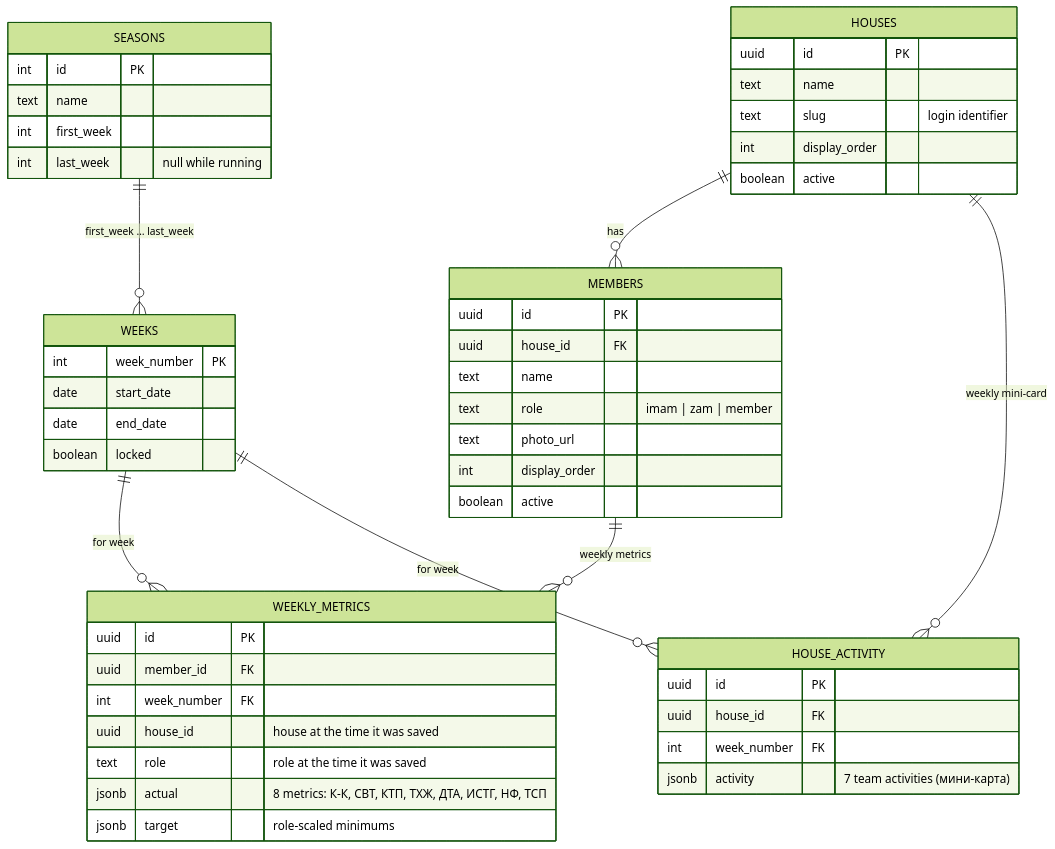
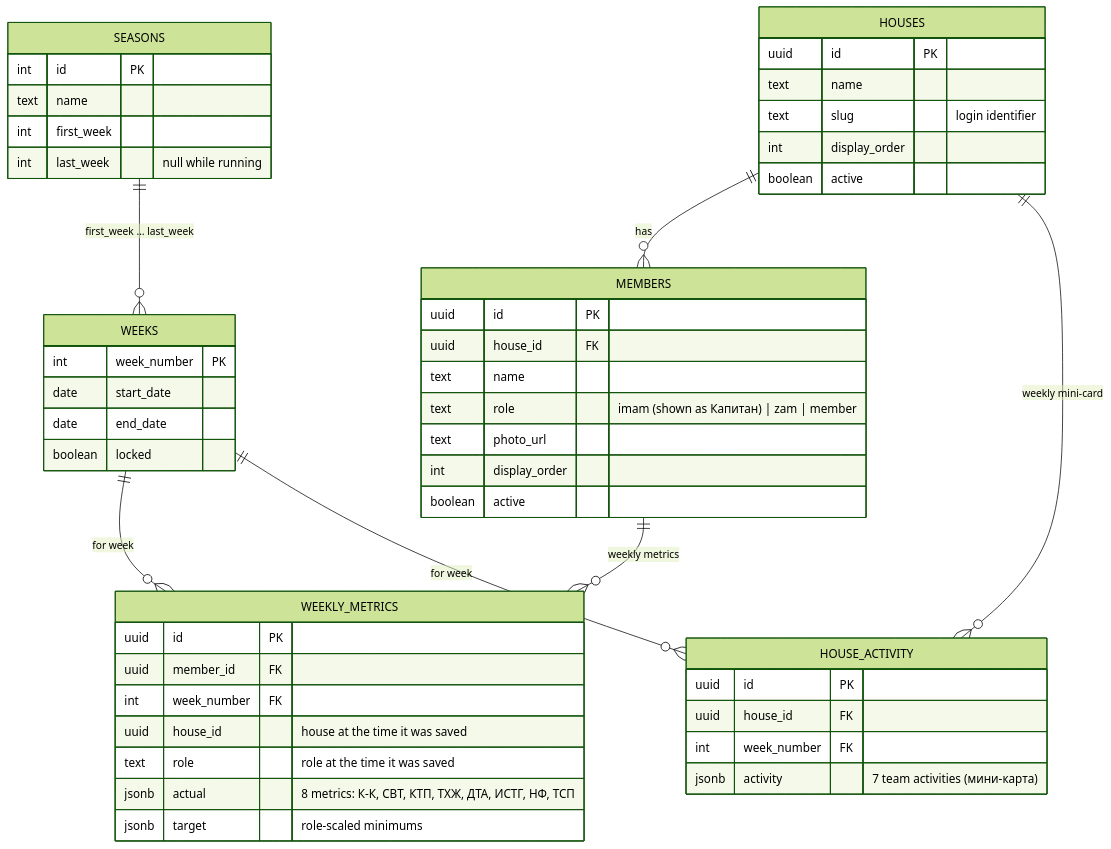
The third of 3 diagrams in README.md (nurmuhammedkanybekov/tdJamaat-v2), drawn with Mermaid (forest theme) before and after one commit. The commit also changed other lines of this file and 14 other files, not shown here.

````diff
--- a/README.md
+++ b/README.md
@@ -196,53 +196,53 @@
 ```mermaid
 erDiagram
     SEASONS ||--o{ WEEKS : "first_week … last_week"
     HOUSES ||--o{ MEMBERS : has
     HOUSES ||--o{ HOUSE_ACTIVITY : "weekly mini-card"
     MEMBERS ||--o{ WEEKLY_METRICS : "weekly metrics"
     WEEKS ||--o{ WEEKLY_METRICS : "for week"
     WEEKS ||--o{ HOUSE_ACTIVITY : "for week"
 
     SEASONS {
         int id PK
         text name
         int first_week
         int last_week "null while running"
     }
     HOUSES {
         uuid id PK
         text name
         text slug "login identifier"
         int display_order
         boolean active
     }
     MEMBERS {
         uuid id PK
         uuid house_id FK
         text name
-        text role "imam | zam | member"
+        text role "imam (shown as Капитан) | zam | member"
         text photo_url
         int display_order
         boolean active
     }
     WEEKS {
         int week_number PK
         date start_date
         date end_date
         boolean locked
     }
     WEEKLY_METRICS {
         uuid id PK
         uuid member_id FK
         int week_number FK
         uuid house_id "house at the time it was saved"
         text role "role at the time it was saved"
         jsonb actual "8 metrics: К-К, СВТ, КТП, ТХЖ, ДТА, ИСТГ, НФ, ТСП"
         jsonb target "role-scaled minimums"
     }
     HOUSE_ACTIVITY {
         uuid id PK
         uuid house_id FK
         int week_number FK
         jsonb activity "7 team activities (мини-карта)"
     }
 ```
````
